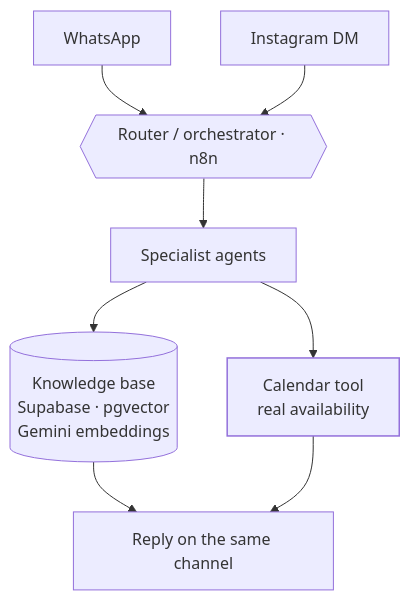
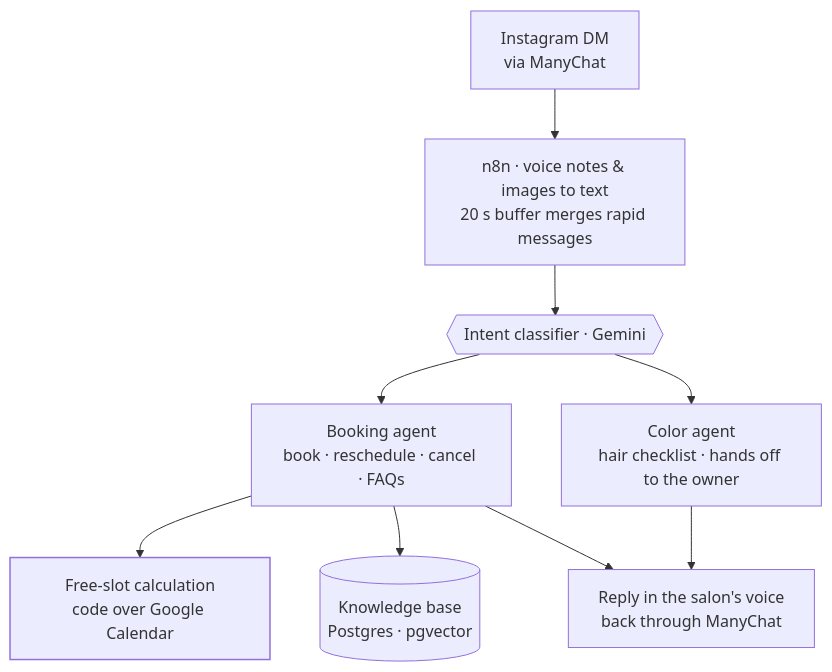
Before and after one commit to BLOW3ED/dev-portfolio: the diagram in content/en/work/hanami.mdx, drawn with Mermaid. The commit also changed other lines of this file and 38 other files, not shown here.

````diff
--- a/content/en/work/hanami.mdx
+++ b/content/en/work/hanami.mdx
@@ -44,16 +38,17 @@
 ```mermaid
 flowchart TB
   accTitle: HanamiBot architecture
-  accDescr: Messages from WhatsApp and Instagram go to a router in n8n, which hands each one to a specialist agent. Agents answer from a knowledge base in Supabase with pgvector, and read availability from the salon's real calendar through a tool. The reply goes back on the same channel.
+  accDescr: Instagram DMs arrive through ManyChat into n8n. Voice notes and images are turned into text, and a short buffer merges messages sent in quick succession. A classifier labels the intent and a router hands the conversation to a specialist agent. The booking agent reads availability from a deterministic slot calculation over the owner's Google Calendar and answers questions from a knowledge base in Postgres with pgvector. The reply is rewritten in the salon's voice and sent back through ManyChat.
 
-  WA["WhatsApp"] --> R
-  IG["Instagram DM"] --> R
-  R{{"Router / orchestrator · n8n"}} --> AG["Specialist agents"]
-  AG --> KB[("Knowledge base<br/>Supabase · pgvector<br/>Gemini embeddings")]
-  AG --> CAL["Calendar tool<br/>real availability"]
-  KB --> OUT["Reply on the same channel"]
-  CAL --> OUT
+  IG["Instagram DM<br/>via ManyChat"] --> PRE["n8n · voice notes & images to text<br/>20 s buffer merges rapid messages"]
+  PRE --> CL{{"Intent classifier · Gemini"}}
+  CL --> BK["Booking agent<br/>book · reschedule · cancel · FAQs"]
+  CL --> CO["Color agent<br/>hair checklist · hands off to the owner"]
+  BK --> SL["Free-slot calculation<br/>code over Google Calendar"]
+  BK --> KB[("Knowledge base<br/>Postgres · pgvector")]
+  BK --> OUT["Reply in the salon's voice<br/>back through ManyChat"]
+  CO --> OUT
 
   classDef truth stroke-width:1.5px
-  class CAL truth
+  class SL truth
 ```
````
